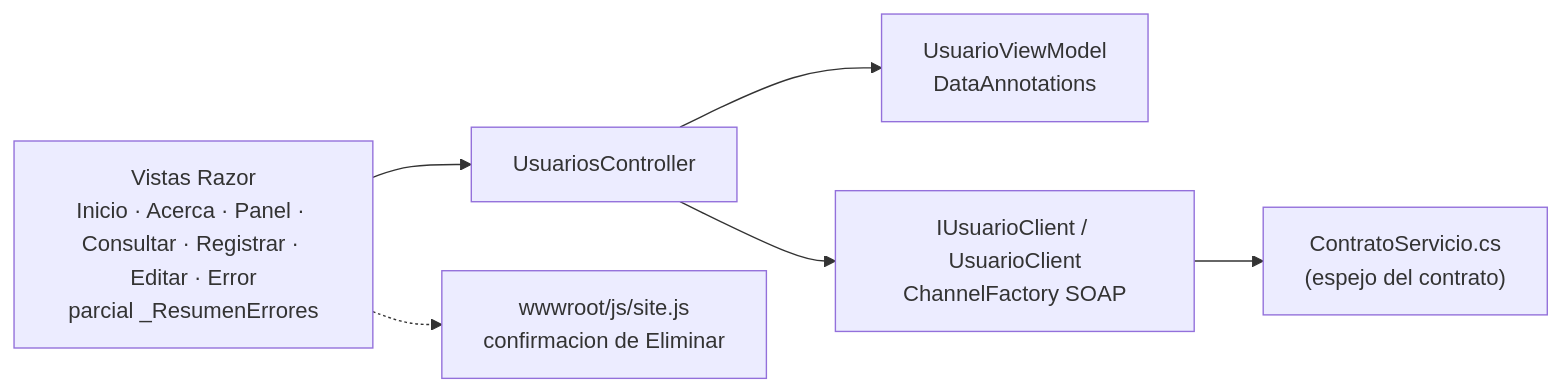
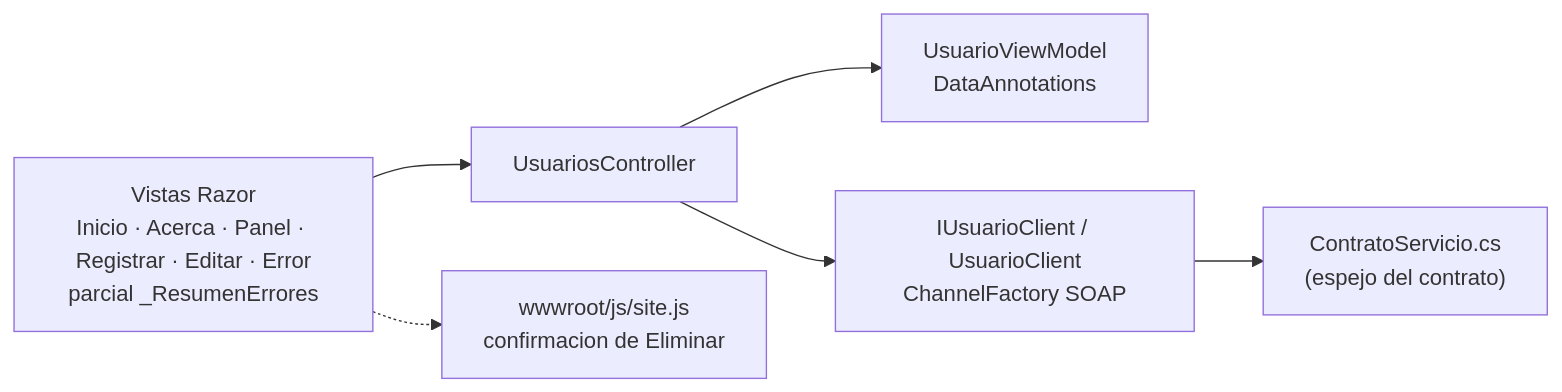
One commit to maomauro/GrupoDigitalBank-CRUD changed the third of 7 diagrams in docs/arquitectura.md. Above: the diagram before and after it, drawn with Mermaid. The commit also changed 16 other files, not shown here.

Commit message:
refactor(web): una sola grilla, se retira /Usuarios/Consultar (duplicaba /inicio)

````diff
--- a/docs/arquitectura.md
+++ b/docs/arquitectura.md
@@ -77,15 +77,15 @@
 ```mermaid
 flowchart LR
-    vistas["Vistas Razor<br/>Inicio · Acerca · Panel · Consultar · Registrar · Editar · Error<br/>parcial _ResumenErrores"]
+    vistas["Vistas Razor<br/>Inicio · Acerca · Panel · Registrar · Editar · Error<br/>parcial _ResumenErrores"]
     ctrl["UsuariosController"]
     vm["UsuarioViewModel<br/>DataAnnotations"]
     cli["IUsuarioClient / UsuarioClient<br/>ChannelFactory SOAP"]
     contrato["ContratoServicio.cs<br/>(espejo del contrato)"]
     js["wwwroot/js/site.js<br/>confirmacion de Eliminar"]
 
     vistas --> ctrl
     ctrl --> vm
     ctrl --> cli
     cli --> contrato
     vistas -.-> js
 ```
````
